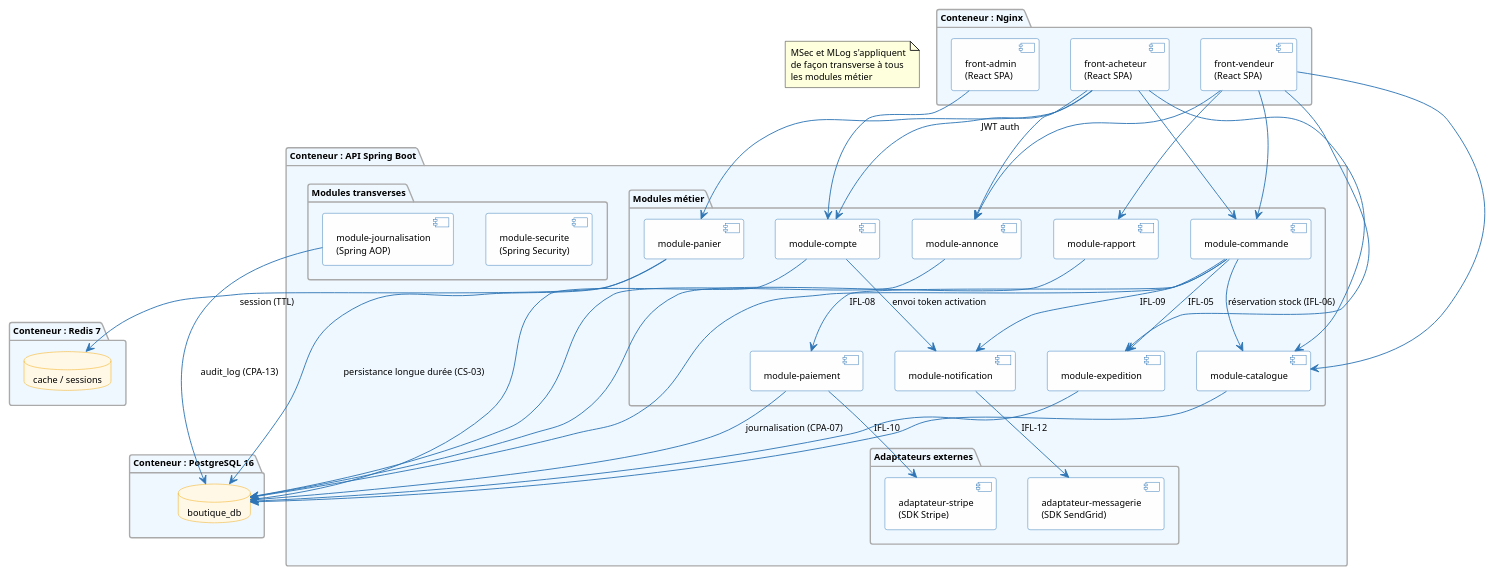
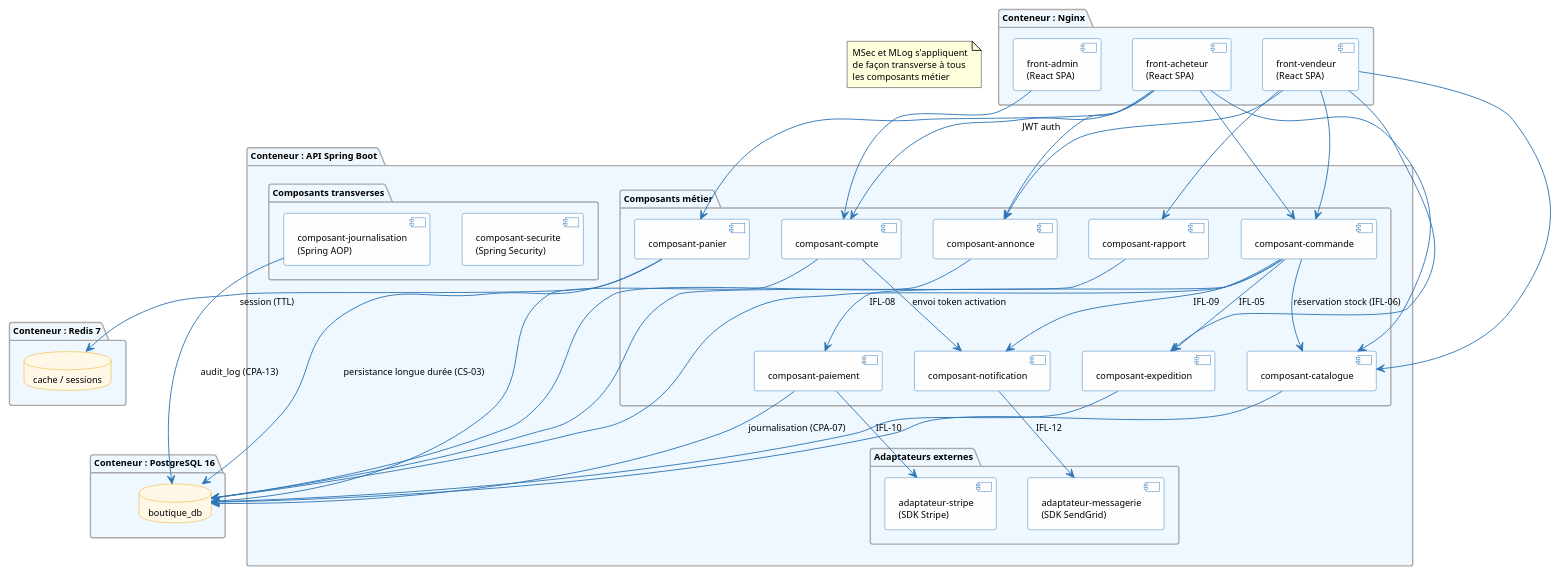
One commit to louistalvande/online_shop changed the second of 42 diagrams in architecture/04-physical-architecture/pa.adoc. Above: the diagram before and after it, drawn with PlantUML. The commit also changed other lines of this file and 5 other files, not shown here.

```diff
--- a/architecture/04-physical-architecture/pa.adoc
+++ b/architecture/04-physical-architecture/pa.adoc
@@ -219,80 +226,80 @@
 [plantuml, pa-components, svg]
 ----
 skinparam componentBackgroundColor #FEFEFE
 skinparam componentBorderColor #2E75B6
 skinparam arrowColor #2E75B6
 skinparam packageBackgroundColor #F0F8FF
 skinparam packageBorderColor #AAAAAA
 skinparam databaseBackgroundColor #FFF8E7
 skinparam databaseBorderColor #F0A500
 skinparam defaultFontSize 10
 
 package "Conteneur : Nginx" {
   [front-acheteur\n(React SPA)] as FrontB
   [front-vendeur\n(React SPA)] as FrontV
   [front-admin\n(React SPA)] as FrontA
 }
 
 package "Conteneur : API Spring Boot" {
-  package "Modules métier" {
-    [module-compte] as MCompte
-    [module-catalogue] as MCatalogue
-    [module-panier] as MPanier
-    [module-commande] as MCommande
-    [module-paiement] as MPaiement
-    [module-expedition] as MExpedition
-    [module-notification] as MNotif
-    [module-rapport] as MRapport
-    [module-annonce] as MAnnounce
+  package "Composants métier" {
+    [composant-compte] as MCompte
+    [composant-catalogue] as MCatalogue
+    [composant-panier] as MPanier
+    [composant-commande] as MCommande
+    [composant-paiement] as MPaiement
+    [composant-expedition] as MExpedition
+    [composant-notification] as MNotif
+    [composant-rapport] as MRapport
+    [composant-annonce] as MAnnounce
   }
-  package "Modules transverses" {
-    [module-securite\n(Spring Security)] as MSec
-    [module-journalisation\n(Spring AOP)] as MLog
+  package "Composants transverses" {
+    [composant-securite\n(Spring Security)] as MSec
+    [composant-journalisation\n(Spring AOP)] as MLog
   }
   package "Adaptateurs externes" {
     [adaptateur-stripe\n(SDK Stripe)] as AStripe
     [adaptateur-messagerie\n(SDK SendGrid)] as AMail
   }
 }
 
 package "Conteneur : PostgreSQL 16" {
   database "boutique_db" as PgDB
 }
 
 package "Conteneur : Redis 7" {
   database "cache / sessions" as RedisDB
 }
 
 FrontB --> MCompte : JWT auth
 FrontB --> MCatalogue
 FrontB --> MPanier
 FrontB --> MCommande
 FrontV --> MCatalogue
 FrontV --> MCommande
 FrontV --> MExpedition
 FrontV --> MRapport
 FrontV --> MAnnounce
 FrontB --> MAnnounce
 FrontA --> MCompte
 
 MAnnounce --> PgDB
 MLog --> PgDB : audit_log (CPA-13)
-note "MSec et MLog s'appliquent\nde façon transverse à tous\nles modules métier" as NoteSecLog
+note "MSec et MLog s'appliquent\nde façon transverse à tous\nles composants métier" as NoteSecLog
 
 MCompte --> MNotif : envoi token activation
 MCommande --> MCatalogue : réservation stock (IFL-06)
 MCommande --> MPaiement : IFL-08
 MCommande --> MExpedition : IFL-05
 MCommande --> MNotif : IFL-09
 MPaiement --> AStripe : IFL-10
 MNotif --> AMail : IFL-12
 
 MPanier --> RedisDB : session (TTL)
 MPanier --> PgDB : persistance longue durée (CS-03)
 MCompte --> PgDB
 MCatalogue --> PgDB
 MCommande --> PgDB
 MPaiement --> PgDB : journalisation (CPA-07)
 MExpedition --> PgDB
 MRapport --> PgDB
 ----
```
